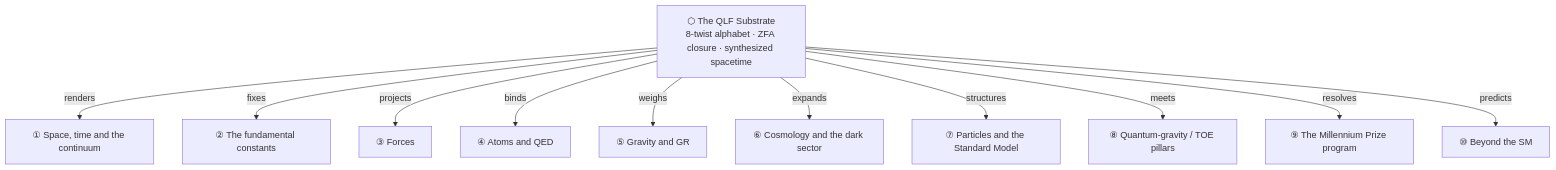
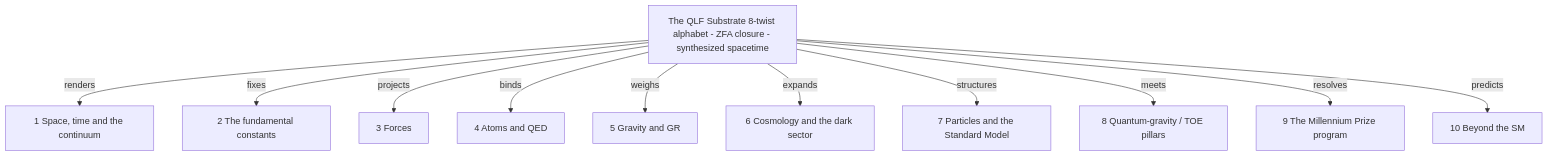
One commit to jimscarver/quantum-logical-framework changed the first of 11 diagrams in FlowChart.md. Above: the diagram before and after it, drawn with Mermaid. The commit also changed other lines of this file, not shown here.

First line of the commit message:
FlowChart.md: flatten <br/> and all unicode to ASCII in Mermaid blocks (render robustness)

````diff
--- a/FlowChart.md
+++ b/FlowChart.md
@@ -14,14 +14,14 @@
 ```mermaid
 flowchart TD
-  S["⬡ The QLF Substrate<br/>8-twist alphabet · ZFA closure · synthesized spacetime"]
-  S -->|"renders"| SP["① Space, time and the continuum"]
-  S -->|"fixes"| C["② The fundamental constants"]
-  S -->|"projects"| F["③ Forces"]
-  S -->|"binds"| A["④ Atoms and QED"]
-  S -->|"weighs"| G["⑤ Gravity and GR"]
-  S -->|"expands"| CO["⑥ Cosmology and the dark sector"]
-  S -->|"structures"| P["⑦ Particles and the Standard Model"]
-  S -->|"meets"| T["⑧ Quantum-gravity / TOE pillars"]
-  S -->|"resolves"| M["⑨ The Millennium Prize program"]
-  S -->|"predicts"| B["⑩ Beyond the SM"]
+  S["The QLF Substrate 8-twist alphabet - ZFA closure - synthesized spacetime"]
+  S -->|"renders"| SP["1 Space, time and the continuum"]
+  S -->|"fixes"| C["2 The fundamental constants"]
+  S -->|"projects"| F["3 Forces"]
+  S -->|"binds"| A["4 Atoms and QED"]
+  S -->|"weighs"| G["5 Gravity and GR"]
+  S -->|"expands"| CO["6 Cosmology and the dark sector"]
+  S -->|"structures"| P["7 Particles and the Standard Model"]
+  S -->|"meets"| T["8 Quantum-gravity / TOE pillars"]
+  S -->|"resolves"| M["9 The Millennium Prize program"]
+  S -->|"predicts"| B["10 Beyond the SM"]
 ```
````
